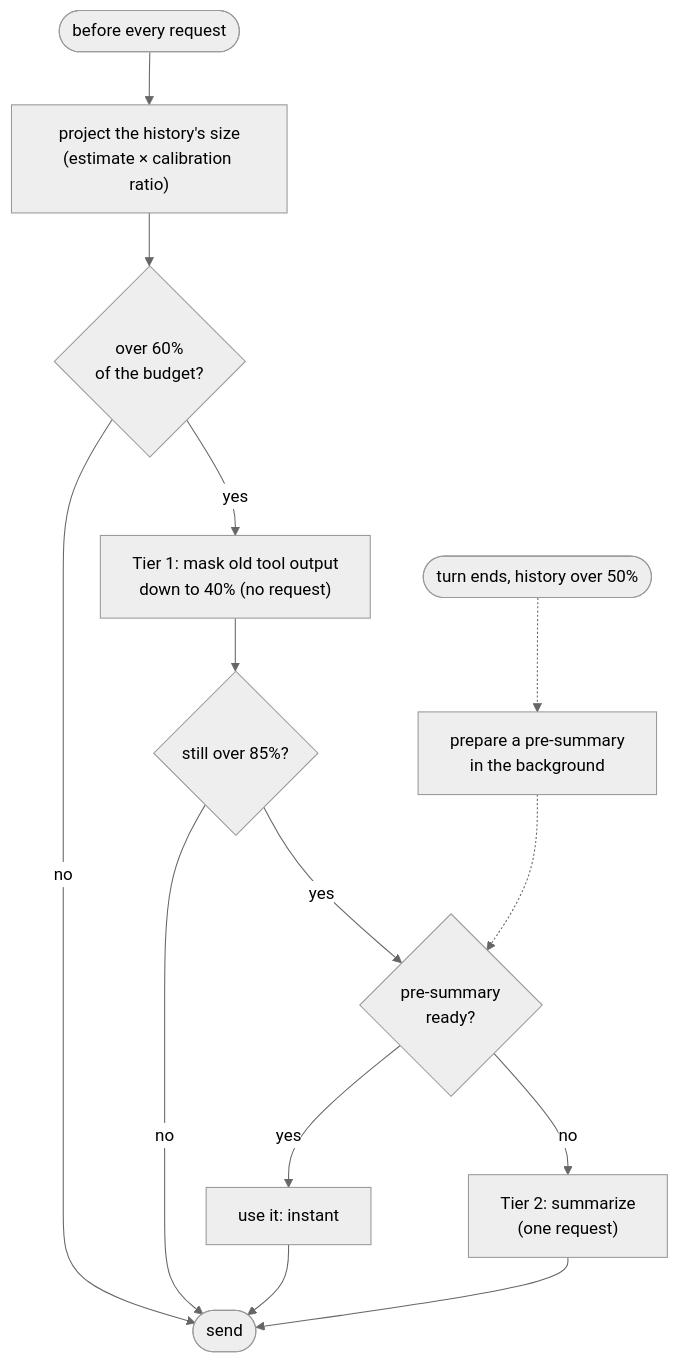
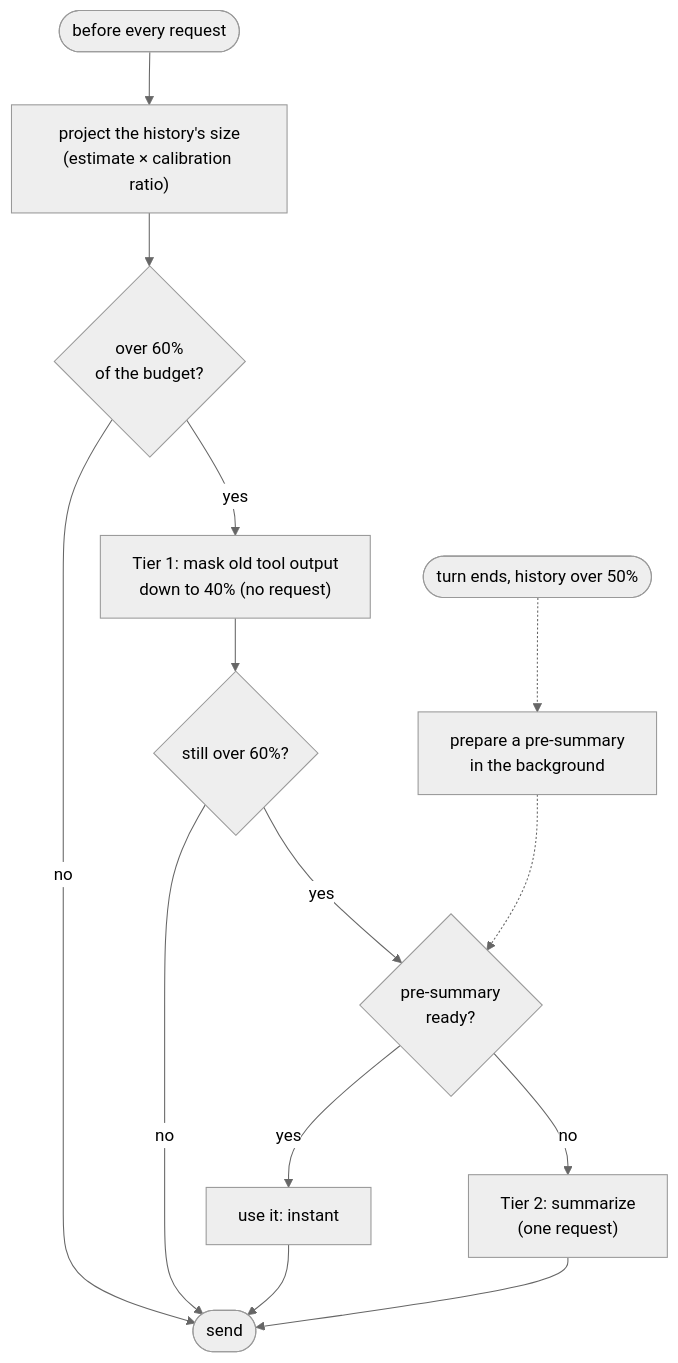
Before and after one commit to antoniosarro/wisp: the diagram in docs/compaction.md, drawn with Mermaid (neutral theme). The commit also changed other lines of this file and 19 other files, not shown here.

````diff
--- a/docs/compaction.md
+++ b/docs/compaction.md
@@ -15,16 +15,16 @@
 ```mermaid
 flowchart TD
     step([before every request]) --> project["project the history's size<br/>(estimate × calibration ratio)"]
     project --> mask{"over 60%<br/>of the budget?"}
     mask -- no --> send([send])
     mask -- yes --> t1["Tier 1: mask old tool output<br/>down to 40% (no request)"]
-    t1 --> sum{"still over 85%?"}
+    t1 --> sum{"still over 60%?"}
     sum -- no --> send
     sum -- yes --> cand{"pre-summary<br/>ready?"}
     cand -- yes --> use["use it: instant"]
     cand -- no --> t2["Tier 2: summarize<br/>(one request)"]
     use --> send
     t2 --> send
     idle([turn ends, history over 50%]) -.-> pre["prepare a pre-summary<br/>in the background"]
     pre -.-> cand
 ```
````
